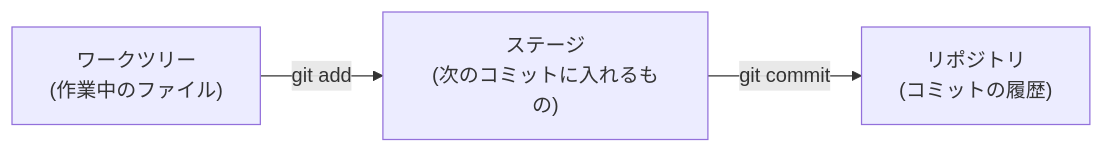
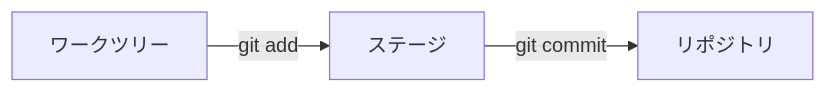
One commit to naparan/test changed the diagram in docs/02-git-basics.md. Above: the diagram before and after it, drawn with Mermaid. The commit also changed other lines of this file and 9 other files, not shown here.

````diff
--- a/docs/02-git-basics.md
+++ b/docs/02-git-basics.md
@@ -9,5 +5,5 @@
 ```mermaid
 flowchart LR
-    W["ワークツリー<br/>(作業中のファイル)"] -->|git add| S["ステージ<br/>(次のコミットに入れるもの)"]
-    S -->|git commit| R["リポジトリ<br/>(コミットの履歴)"]
+    W["ワークツリー"] -->|git add| S["ステージ"]
+    S -->|git commit| R["リポジトリ"]
 ```
````
